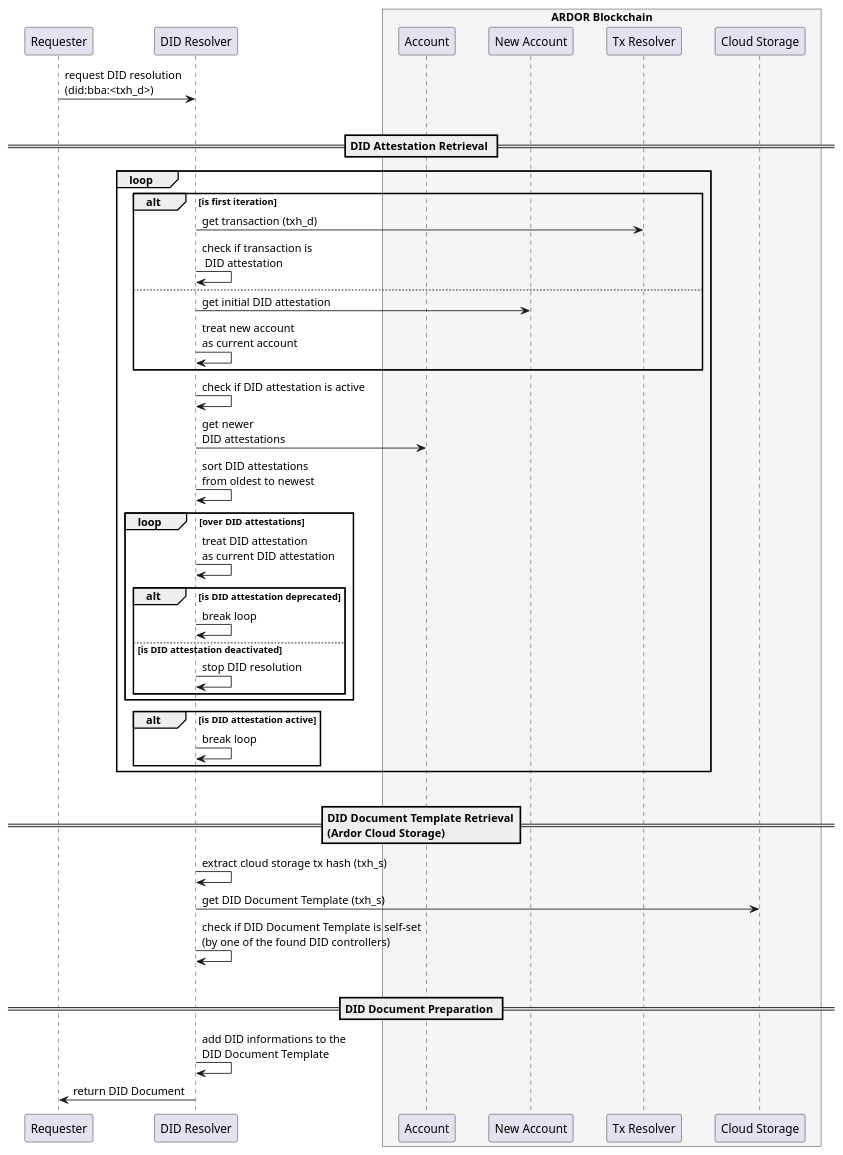
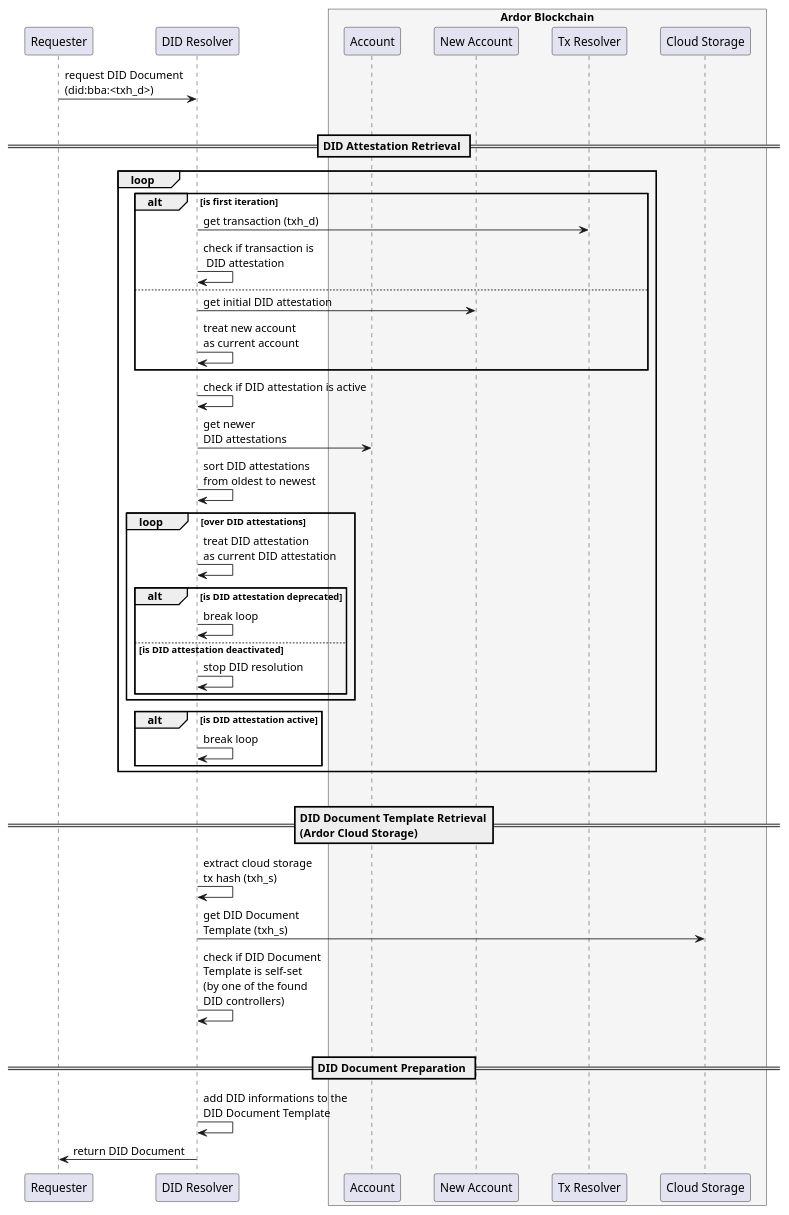
One commit to blobaa/bba-did-method-specification changed the diagram in docs/plantuml/src/did-resolve.puml. Above: the diagram before and after it, drawn with PlantUML. The commit also changed 2 other files, not shown here.

```diff
--- a/docs/plantuml/src/did-resolve.puml
+++ b/docs/plantuml/src/did-resolve.puml
@@ -1,66 +1,66 @@
 @startuml
 skinparam BoxPadding 15
 skinparam ParticipantPadding 15
 
 
 participant "Requester" as REQ
 participant "DID Resolver" as RES
-box "ARDOR Blockchain" #WhiteSmoke
+box "Ardor Blockchain" #WhiteSmoke
     participant "Account" as ATTE
     participant "New Account" as NATTE
     participant "Tx Resolver" as TXR
     participant "Cloud Storage" as STR
 end box
 
 
 
-REQ -> RES: request DID resolution\n(did:bba:<txh_d>)
+REQ -> RES: request DID Document\n(did:bba:<txh_d>)
 |||
 
 
 == DID Attestation Retrieval ==
 
 loop
     alt is first iteration
         RES -> TXR: get transaction (txh_d)
         RES -> RES: check if transaction is\n DID attestation
     else
         ' RES -> RES: store account name
         RES -> NATTE: get initial DID attestation
         RES -> RES: treat new account\nas current account
     end
 
     RES -> RES: check if DID attestation is active
     RES -> ATTE: get newer \nDID attestations
     RES -> RES: sort DID attestations\nfrom oldest to newest
 
     loop over DID attestations
         RES -> RES: treat DID attestation\nas current DID attestation
         alt is DID attestation deprecated
             RES -> RES: break loop
         else is DID attestation deactivated
             RES -> RES: stop DID resolution
         end
     end
     alt is DID attestation active
         RES -> RES: break loop
     end
 end
 |||
 
 
 == DID Document Template Retrieval\n(Ardor Cloud Storage) ==
 
-RES -> RES: extract cloud storage tx hash (txh_s)
-RES -> STR: get DID Document Template (txh_s)
-RES -> RES: check if DID Document Template is self-set\n(by one of the found DID controllers)
+RES -> RES: extract cloud storage\ntx hash (txh_s)
+RES -> STR: get DID Document\nTemplate (txh_s)
+RES -> RES: check if DID Document\nTemplate is self-set\n(by one of the found\nDID controllers)
 |||
 
 
 == DID Document Preparation ==
 
 RES -> RES: add DID informations to the\nDID Document Template
 RES -> REQ: return DID Document
 
 
 @enduml
```
